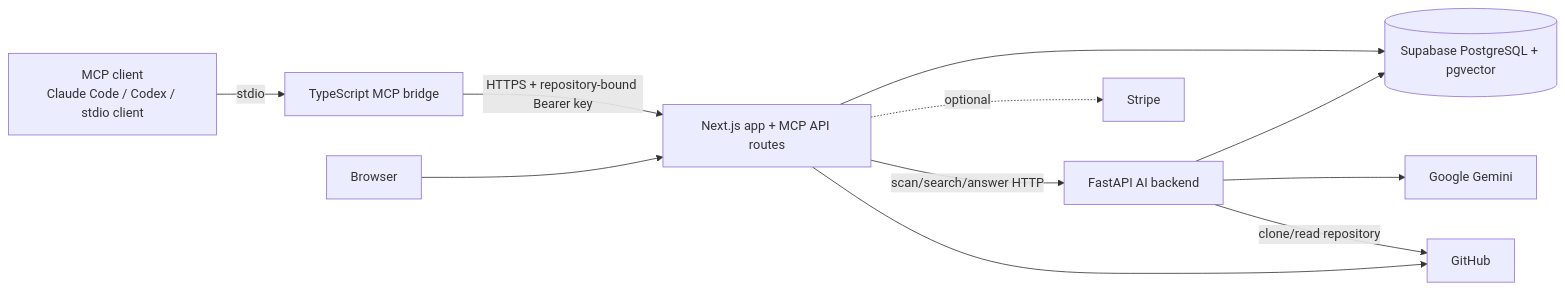
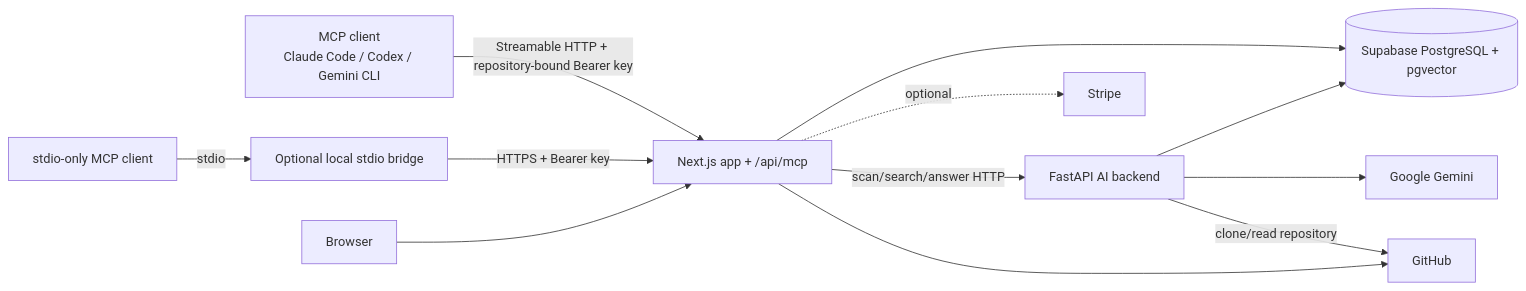
One commit to TahubCS/Context-Compiler changed the diagram in README.md. Above: the diagram before and after it, drawn with Mermaid. The commit also changed other lines of this file and 3 other files, not shown here.

````diff
--- a/README.md
+++ b/README.md
@@ -20,13 +20,14 @@
 ```mermaid
 flowchart LR
-  Client[MCP client\nClaude Code / Codex / stdio client] -->|stdio| Bridge[TypeScript MCP bridge]
-  Bridge -->|HTTPS + repository-bound Bearer key| Web[Next.js app + MCP API routes]
+  Client[MCP client\nClaude Code / Codex / Gemini CLI] -->|Streamable HTTP + repository-bound Bearer key| Web[Next.js app + /api/mcp]
+  StdioClient[stdio-only MCP client] -->|stdio| Bridge[Optional local stdio bridge]
+  Bridge -->|HTTPS + Bearer key| Web
   Browser[Browser] --> Web
   Web --> DB[(Supabase PostgreSQL + pgvector)]
   Web -->|scan/search/answer HTTP| AI[FastAPI AI backend]
   AI --> DB
   AI --> Gemini[Google Gemini]
   AI -->|clone/read repository| GitHub[GitHub]
   Web --> GitHub
   Web -. optional .-> Stripe[Stripe]
 ```
````
